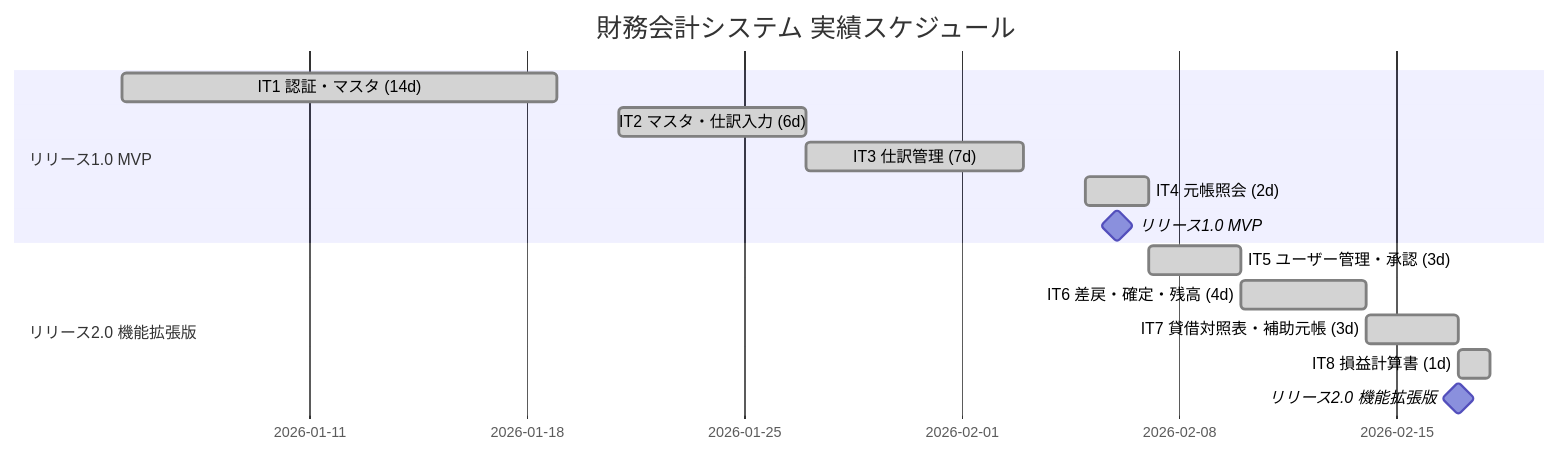
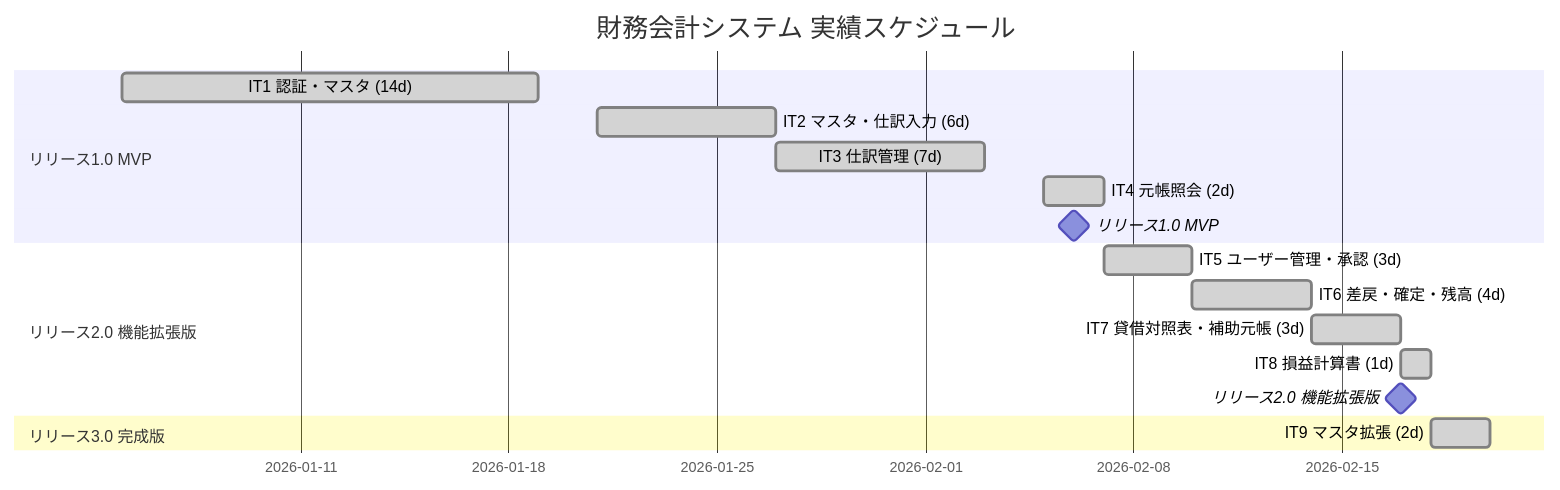
The fifth of 6 diagrams in docs/development/release_plan.md (k2works/case-study-accounting), drawn with Mermaid before and after one commit. The commit also changed other lines of this file and 2 other files, not shown here.

````diff
--- a/docs/development/release_plan.md
+++ b/docs/development/release_plan.md
@@ -293,19 +293,22 @@
 ```mermaid
 gantt
     title 財務会計システム 実績スケジュール
     dateFormat  YYYY-MM-DD
 
     section リリース1.0 MVP
     IT1 認証・マスタ (14d)     :done, a1, 2026-01-05, 14d
     IT2 マスタ・仕訳入力 (6d)  :done, a2, 2026-01-21, 6d
     IT3 仕訳管理 (7d)          :done, a3, 2026-01-27, 7d
     IT4 元帳照会 (2d)          :done, a4, 2026-02-05, 2d
     リリース1.0 MVP            :milestone, ma1, 2026-02-06, 0d
 
     section リリース2.0 機能拡張版
     IT5 ユーザー管理・承認 (3d) :done, a5, 2026-02-07, 3d
     IT6 差戻・確定・残高 (4d)   :done, a6, 2026-02-10, 4d
     IT7 貸借対照表・補助元帳 (3d) :done, a7, 2026-02-14, 3d
     IT8 損益計算書 (1d)          :done, a8, 2026-02-17, 1d
     リリース2.0 機能拡張版      :milestone, ma2, 2026-02-17, 0d
+
+    section リリース3.0 完成版
+    IT9 マスタ拡張 (2d)          :done, a9, 2026-02-18, 2d
 ```
````
